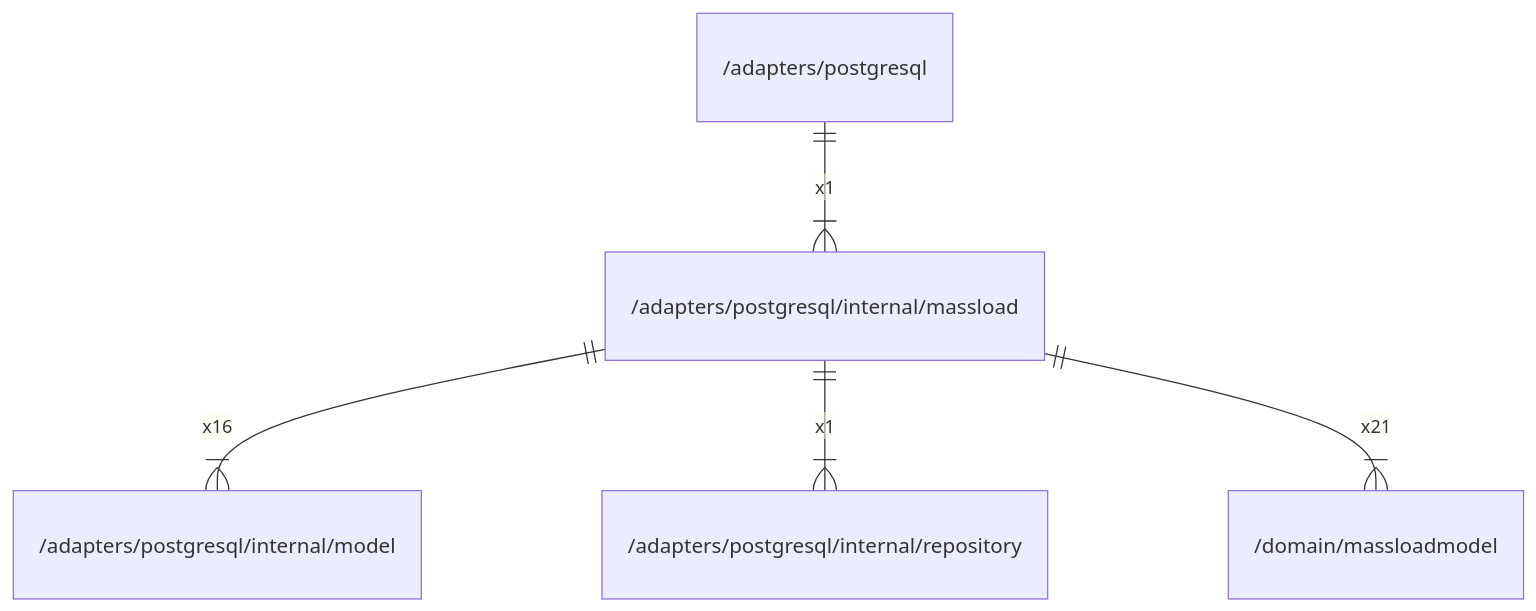
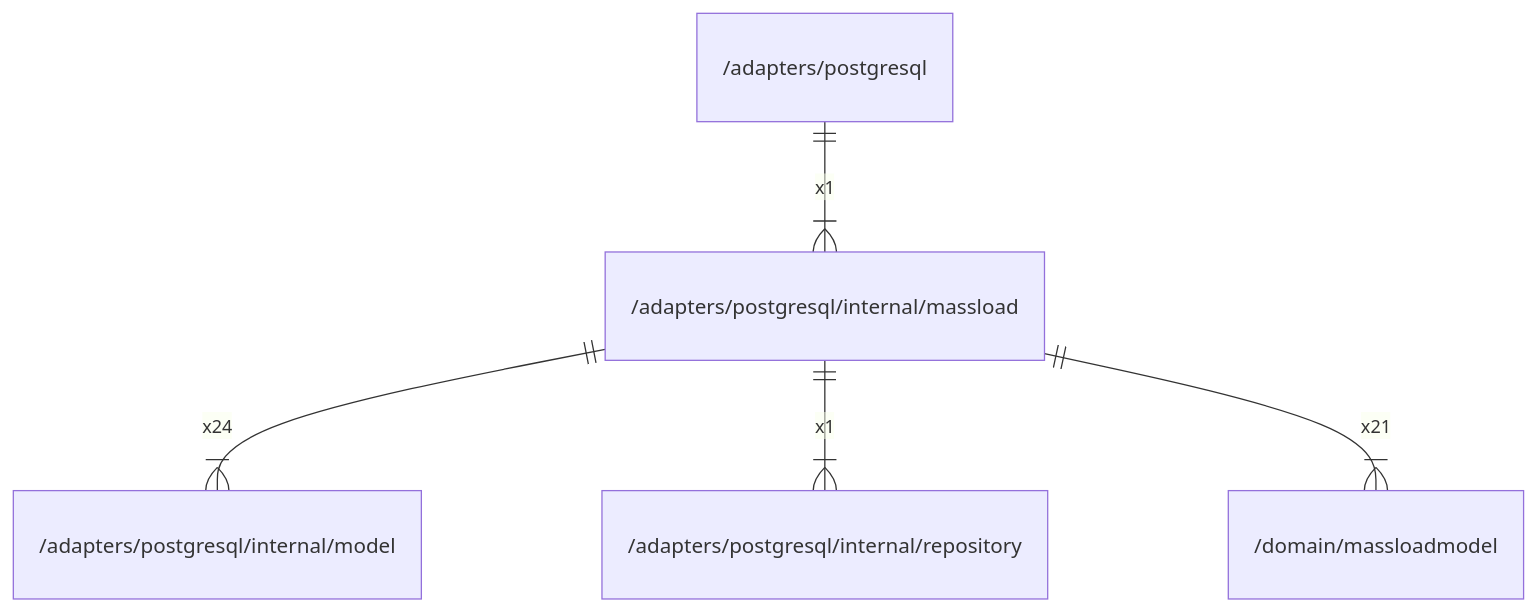
One commit to gbh007/hgraber-next changed the diagram in docs/arch/adapters/postgresql/internal/massload.md. Above: the diagram before and after it, drawn with Mermaid. The commit also changed other lines of this file and 98 other files, not shown here.

````diff
--- a/docs/arch/adapters/postgresql/internal/massload.md
+++ b/docs/arch/adapters/postgresql/internal/massload.md
@@ -23,7 +35,7 @@
 ```mermaid
 erDiagram
     "/adapters/postgresql" ||--|{ "/adapters/postgresql/internal/massload" : x1
-    "/adapters/postgresql/internal/massload" ||--|{ "/adapters/postgresql/internal/model" : x16
+    "/adapters/postgresql/internal/massload" ||--|{ "/adapters/postgresql/internal/model" : x24
     "/adapters/postgresql/internal/massload" ||--|{ "/adapters/postgresql/internal/repository" : x1
     "/adapters/postgresql/internal/massload" ||--|{ "/domain/massloadmodel" : x21
 ```
````
